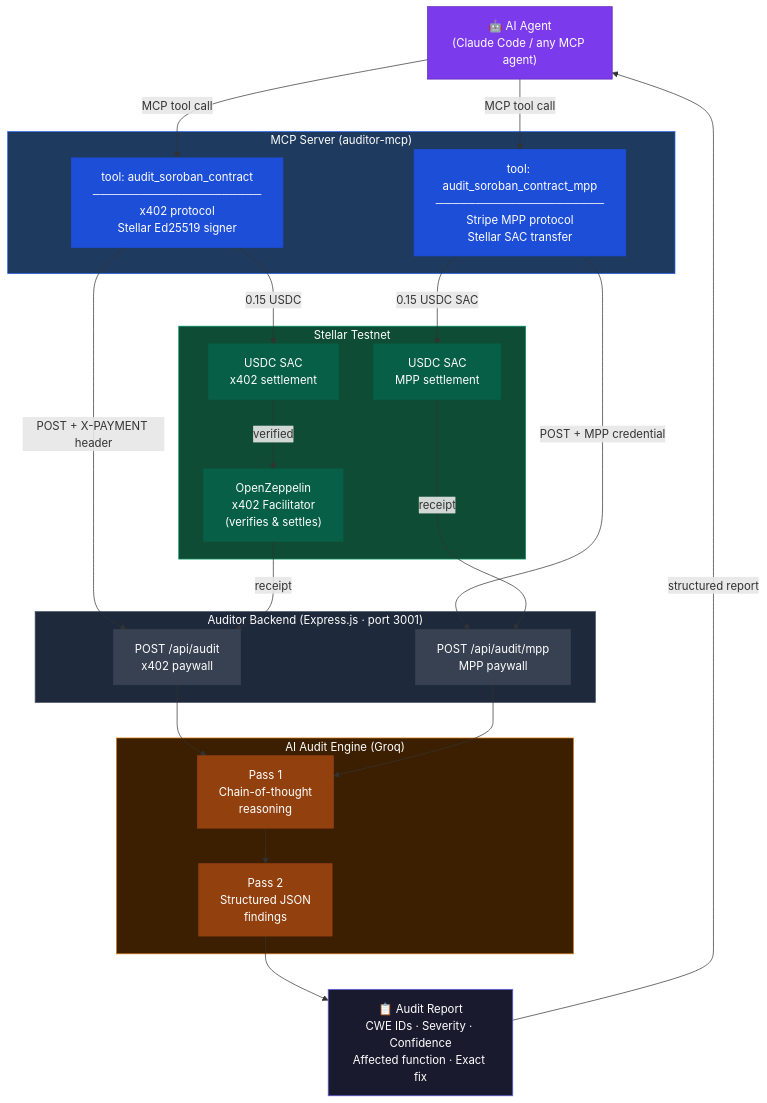
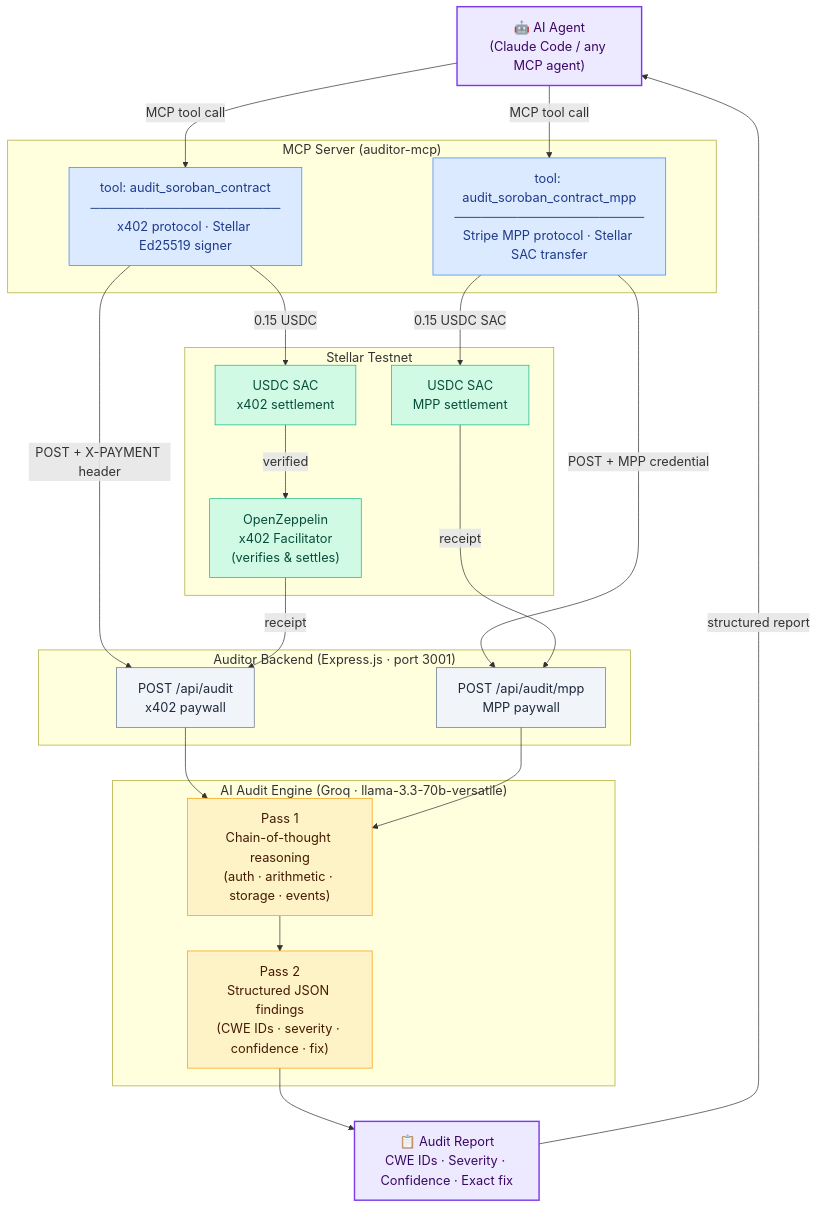
One commit to xaviersharwin10/soroban_node_0 changed the diagram in docs/architecture.mmd. Above: the diagram before and after it, drawn with Mermaid. The commit also changed 5 other files, not shown here.

Commit message:
docs: larger text in sequence diagrams, light node colors for clear arrowheads in architecture

```diff
--- a/docs/architecture.mmd
+++ b/docs/architecture.mmd
@@ -1,60 +1,57 @@
+%%{init: {'theme': 'default', 'themeVariables': {'fontSize': '18px', 'fontFamily': 'trebuchet ms, verdana, arial'}}}%%
 flowchart TD
     A["🤖 AI Agent\n(Claude Code / any MCP agent)"]
 
     subgraph MCP ["MCP Server  (auditor-mcp)"]
-        T1["tool: audit_soroban_contract\n─────────────────────\nx402 protocol\nStellar Ed25519 signer"]
-        T2["tool: audit_soroban_contract_mpp\n─────────────────────\nStripe MPP protocol\nStellar SAC transfer"]
+        T1["tool: audit_soroban_contract\n─────────────────────\nx402 protocol · Stellar Ed25519 signer"]
+        T2["tool: audit_soroban_contract_mpp\n─────────────────────\nStripe MPP protocol · Stellar SAC transfer"]
     end
 
     subgraph STELLAR ["Stellar Testnet"]
         S1["USDC SAC\nx402 settlement"]
         S2["USDC SAC\nMPP settlement"]
         F["OpenZeppelin\nx402 Facilitator\n(verifies & settles)"]
     end
 
     subgraph BACKEND ["Auditor Backend  (Express.js · port 3001)"]
         R1["POST /api/audit\nx402 paywall"]
         R2["POST /api/audit/mpp\nMPP paywall"]
     end
 
-    subgraph AI ["AI Audit Engine  (Groq)"]
-        P1["Pass 1\nChain-of-thought\nreasoning"]
-        P2["Pass 2\nStructured JSON\nfindings"]
+    subgraph AI ["AI Audit Engine  (Groq · llama-3.3-70b-versatile)"]
+        P1["Pass 1\nChain-of-thought reasoning\n(auth · arithmetic · storage · events)"]
+        P2["Pass 2\nStructured JSON findings\n(CWE IDs · severity · confidence · fix)"]
     end
 
-    OUT["📋 Audit Report\nCWE IDs · Severity · Confidence\nAffected function · Exact fix"]
+    OUT["📋 Audit Report\nCWE IDs · Severity · Confidence · Exact fix"]
 
     A -->|"MCP tool call"| T1
     A -->|"MCP tool call"| T2
 
     T1 -->|"POST + X-PAYMENT header"| R1
     T2 -->|"POST + MPP credential"| R2
 
     T1 -->|"0.15 USDC"| S1
     S1 -->|"verified"| F
     F -->|"receipt"| R1
 
     T2 -->|"0.15 USDC SAC"| S2
     S2 -->|"receipt"| R2
 
     R1 --> P1
     R2 --> P1
     P1 --> P2
     P2 --> OUT
     OUT -->|"structured report"| A
 
-    style A fill:#7c3aed,color:#fff,stroke:#5b21b6
-    style MCP fill:#1e3a5f,color:#fff,stroke:#2563eb
-    style STELLAR fill:#0f4c35,color:#fff,stroke:#059669
-    style BACKEND fill:#1e293b,color:#fff,stroke:#475569
-    style AI fill:#3b1f00,color:#fff,stroke:#d97706
-    style OUT fill:#1a1a2e,color:#fff,stroke:#6366f1
-    style T1 fill:#1d4ed8,color:#fff,stroke:#1d4ed8
-    style T2 fill:#1d4ed8,color:#fff,stroke:#1d4ed8
-    style R1 fill:#374151,color:#fff,stroke:#374151
-    style R2 fill:#374151,color:#fff,stroke:#374151
-    style P1 fill:#92400e,color:#fff,stroke:#92400e
-    style P2 fill:#92400e,color:#fff,stroke:#92400e
-    style S1 fill:#065f46,color:#fff,stroke:#065f46
-    style S2 fill:#065f46,color:#fff,stroke:#065f46
-    style F fill:#065f46,color:#fff,stroke:#065f46
+    style A fill:#ede9fe,color:#3b0764,stroke:#7c3aed,stroke-width:2px
+    style T1 fill:#dbeafe,color:#1e3a8a,stroke:#3b82f6,stroke-width:1px
+    style T2 fill:#dbeafe,color:#1e3a8a,stroke:#3b82f6,stroke-width:1px
+    style S1 fill:#d1fae5,color:#064e3b,stroke:#10b981,stroke-width:1px
+    style S2 fill:#d1fae5,color:#064e3b,stroke:#10b981,stroke-width:1px
+    style F fill:#d1fae5,color:#064e3b,stroke:#10b981,stroke-width:1px
+    style R1 fill:#f1f5f9,color:#1e293b,stroke:#64748b,stroke-width:1px
+    style R2 fill:#f1f5f9,color:#1e293b,stroke:#64748b,stroke-width:1px
+    style P1 fill:#fef3c7,color:#451a03,stroke:#f59e0b,stroke-width:1px
+    style P2 fill:#fef3c7,color:#451a03,stroke:#f59e0b,stroke-width:1px
+    style OUT fill:#ede9fe,color:#3b0764,stroke:#7c3aed,stroke-width:2px
```
